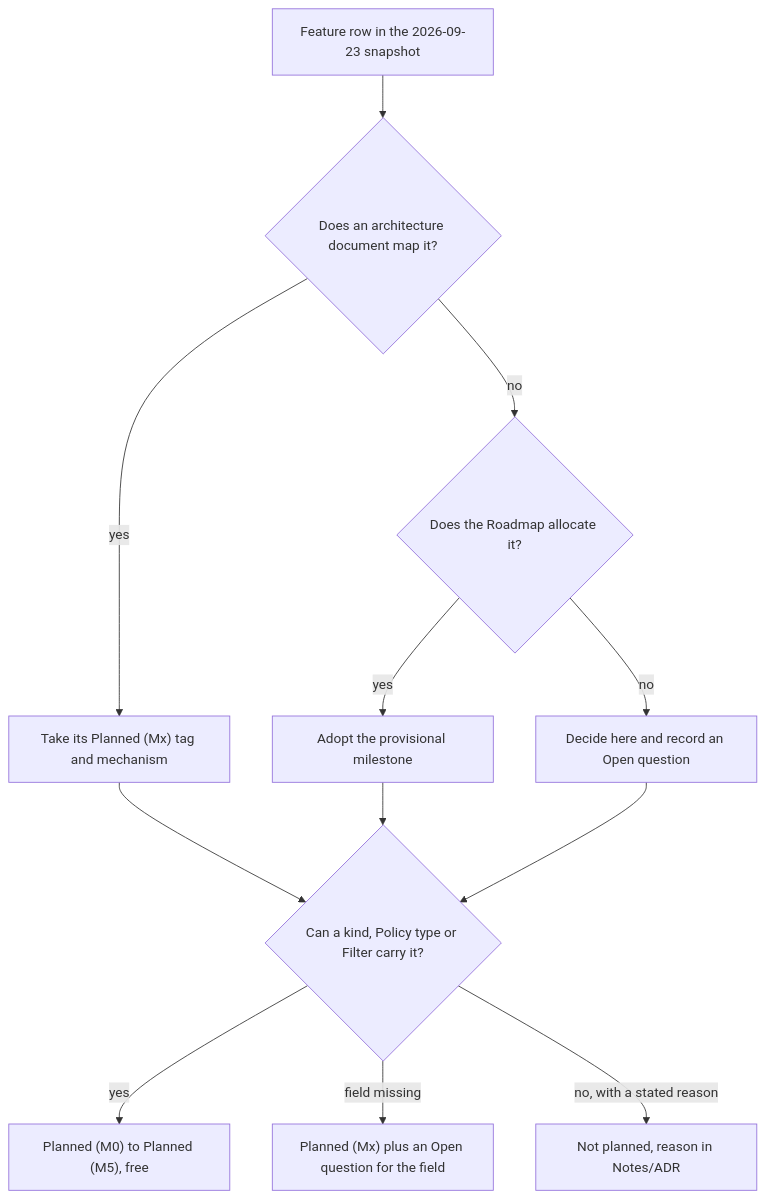
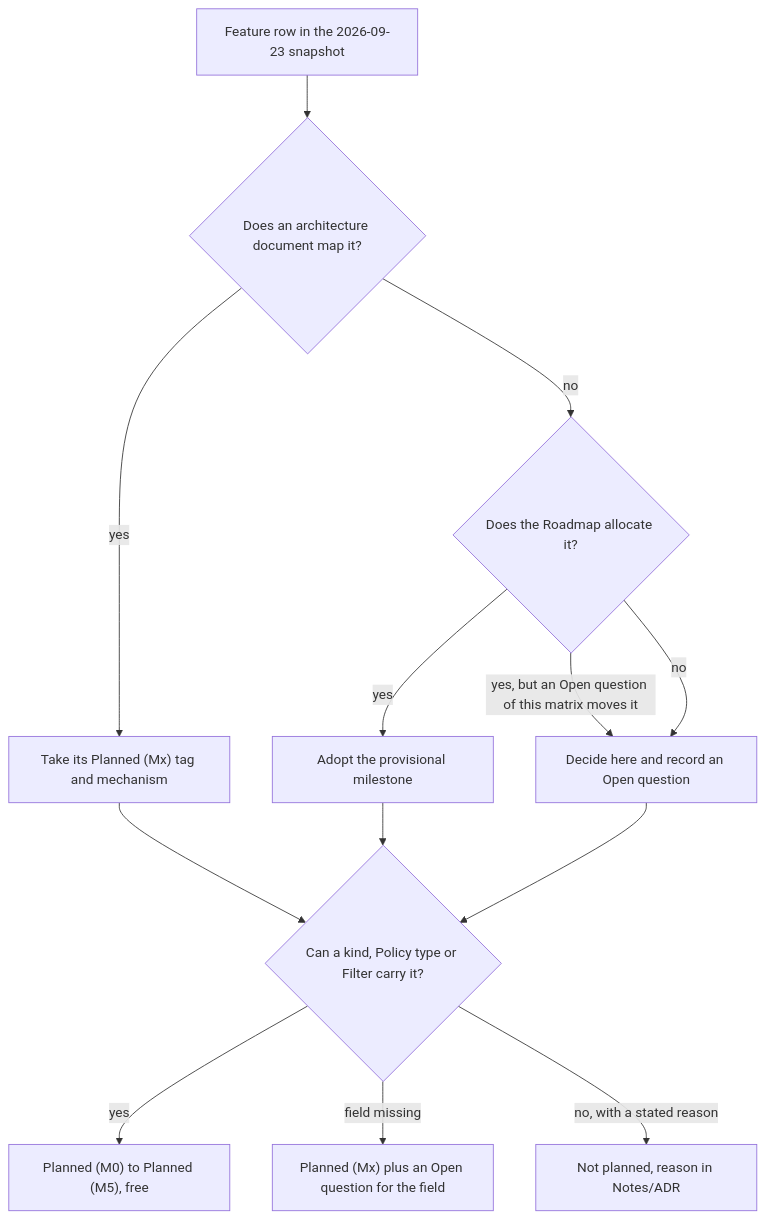
One commit to ravindu-rev/ruralz changed the first of 2 diagrams in docs/comparison/01-krakend-ee-parity-matrix.md. Above: the diagram before and after it, drawn with Mermaid. The commit also changed other lines of this file and 7 other files, not shown here.

````diff
--- a/docs/comparison/01-krakend-ee-parity-matrix.md
+++ b/docs/comparison/01-krakend-ee-parity-matrix.md
@@ -68,14 +68,15 @@
 ```mermaid
 flowchart TD
     A["Feature row in the 2026-09-23 snapshot"] --> B{"Does an architecture document map it?"}
     B -- "yes" --> C["Take its Planned (Mx) tag and mechanism"]
     B -- "no" --> D{"Does the Roadmap allocate it?"}
     D -- "yes" --> E["Adopt the provisional milestone"]
+    D -- "yes, but an Open question of this matrix moves it" --> F
     D -- "no" --> F["Decide here and record an Open question"]
     C --> G{"Can a kind, Policy type or Filter carry it?"}
     E --> G
     F --> G
     G -- "yes" --> H["Planned (M0) to Planned (M5), free"]
     G -- "field missing" --> J["Planned (Mx) plus an Open question for the field"]
     G -- "no, with a stated reason" --> I["Not planned, reason in Notes/ADR"]
 ```
````
